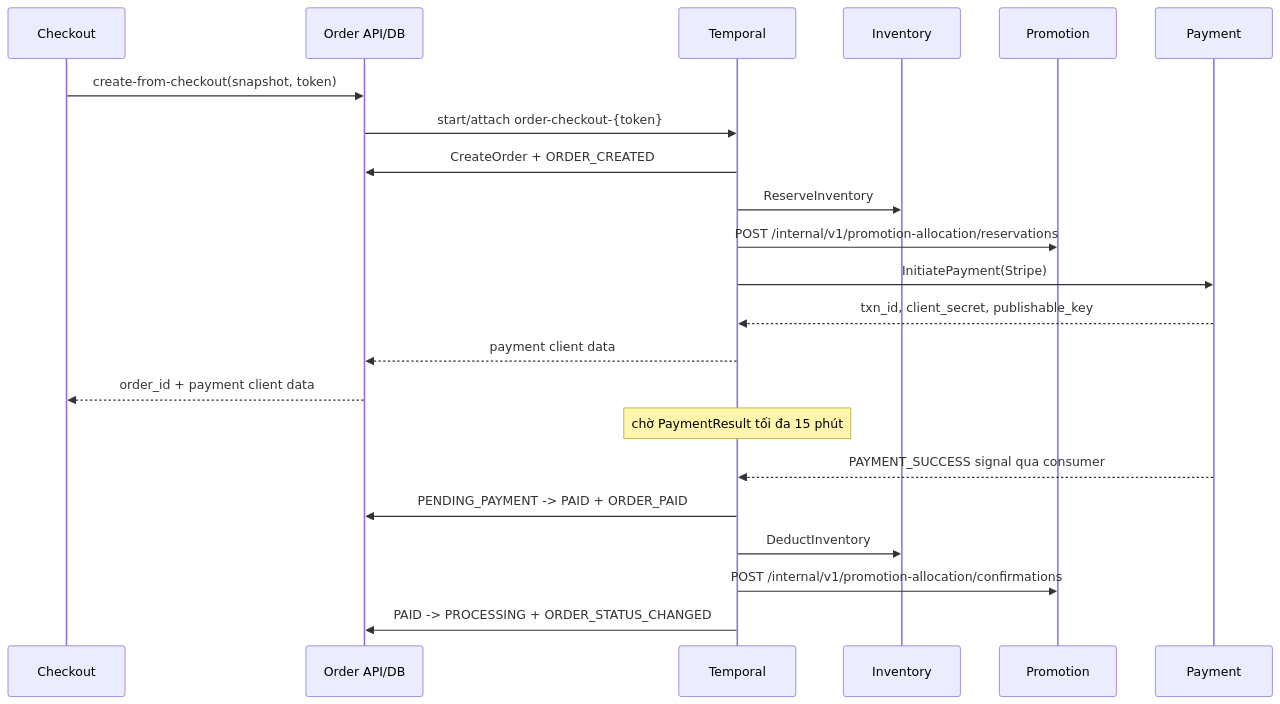
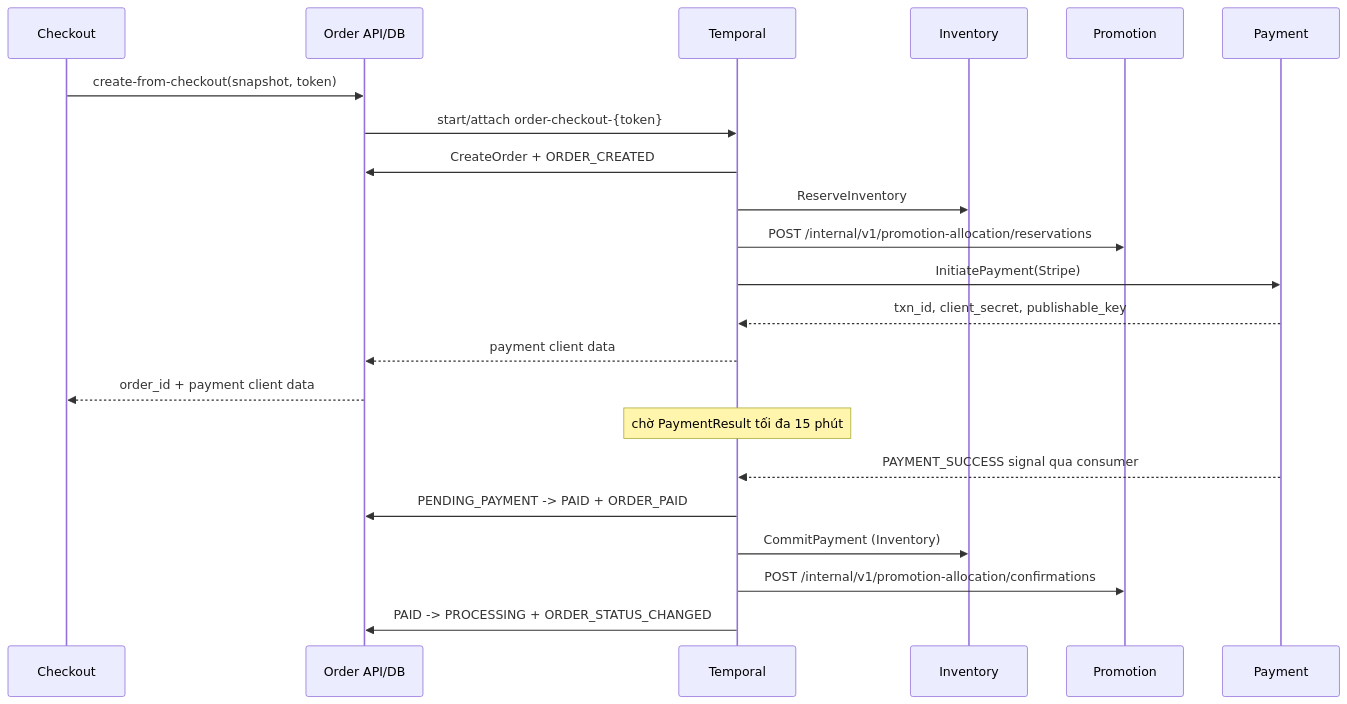
The first of 2 diagrams in docs/order/workflows.md (quangdung2110/e-commerce-microservices), drawn with Mermaid before and after one commit. The commit also changed other lines of this file and 9 other files, not shown here.

````diff
--- a/docs/order/workflows.md
+++ b/docs/order/workflows.md
@@ -124,24 +132,24 @@
 ```mermaid
 sequenceDiagram
   participant C as Checkout
   participant O as Order API/DB
   participant T as Temporal
   participant I as Inventory
   participant P as Promotion
   participant Y as Payment
   C->>O: create-from-checkout(snapshot, token)
   O->>T: start/attach order-checkout-{token}
   T->>O: CreateOrder + ORDER_CREATED
   T->>I: ReserveInventory
   T->>P: POST /internal/v1/promotion-allocation/reservations
   T->>Y: InitiatePayment(Stripe)
   Y-->>T: txn_id, client_secret, publishable_key
   T-->>O: payment client data
   O-->>C: order_id + payment client data
   Note over T: chờ PaymentResult tối đa 15 phút
   Y-->>T: PAYMENT_SUCCESS signal qua consumer
   T->>O: PENDING_PAYMENT -> PAID + ORDER_PAID
-  T->>I: DeductInventory
+  T->>I: CommitPayment (Inventory)
   T->>P: POST /internal/v1/promotion-allocation/confirmations
   T->>O: PAID -> PROCESSING + ORDER_STATUS_CHANGED
 ```
````
